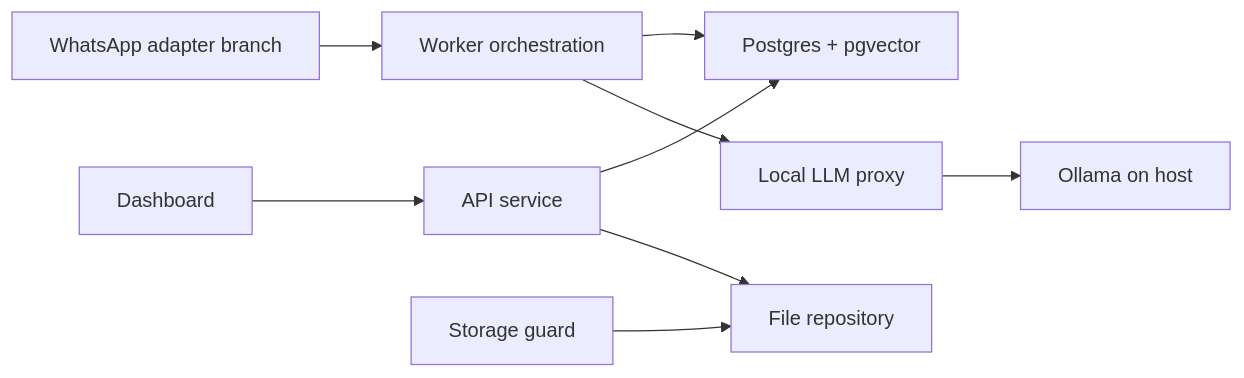
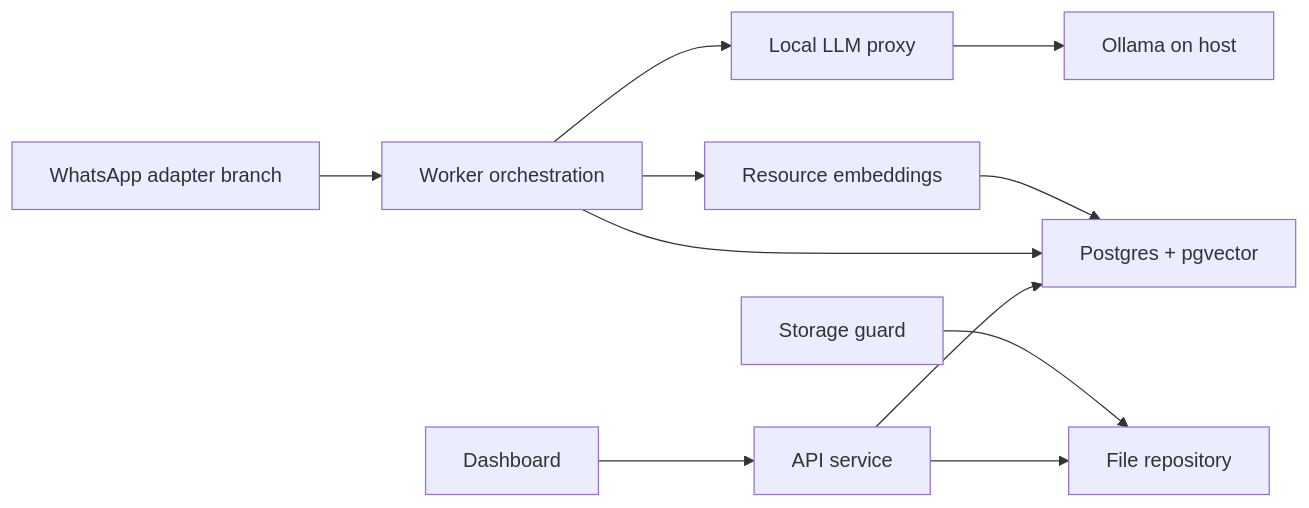
Before and after one commit to viji-saravanan/Pratiksha-WhatsApp-AI-Companion: the diagram in README.md, drawn with Mermaid. The commit also changed other lines of this file and 32 other files, not shown here.

````diff
--- a/README.md
+++ b/README.md
@@ -129,11 +153,13 @@
 ```mermaid
 flowchart LR
   WA["WhatsApp adapter branch"] --> Worker["Worker orchestration"]
   Dashboard["Dashboard"] --> API["API service"]
   API --> PG["Postgres + pgvector"]
   Worker --> PG
   Worker --> LLM["Local LLM proxy"]
   LLM --> Ollama["Ollama on host"]
   API --> Files["File repository"]
+  Worker --> KB["Resource embeddings"]
+  KB --> PG
   Guard["Storage guard"] --> Files
 ```
````
